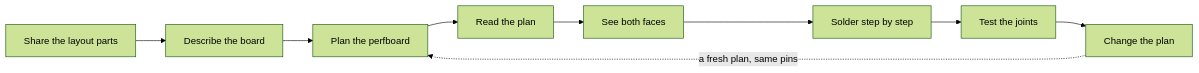
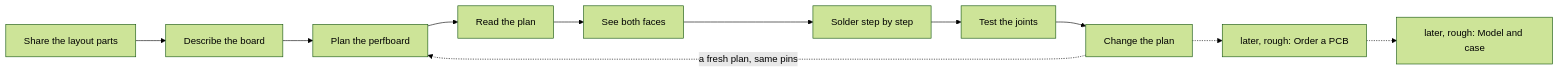
The diagram in docs/discovery/2026-11-28-perfboard-step/story-map.md (xmejkal/spark), drawn with Mermaid (forest theme) before and after one commit. The commit also changed other lines of this file and 2 other files, not shown here.

Commit message:
P1352: the rough features mapped onto the story map and the journey (D17)

````diff
--- a/docs/discovery/2026-11-28-perfboard-step/story-map.md
+++ b/docs/discovery/2026-11-28-perfboard-step/story-map.md
@@ -10,6 +10,7 @@
 ```mermaid
 flowchart LR
   A["Share the layout parts"] --> B["Describe the board"] --> C["Plan the perfboard"] --> D["Read the plan"]
   D --> E["See both faces"] --> F["Solder step by step"] --> G["Test the joints"] --> H["Change the plan"]
   H -. a fresh plan, same pins .-> C
+  H -.-> I["later, rough: Order a PCB"] -.-> J["later, rough: Model and case"]
 ```
````
